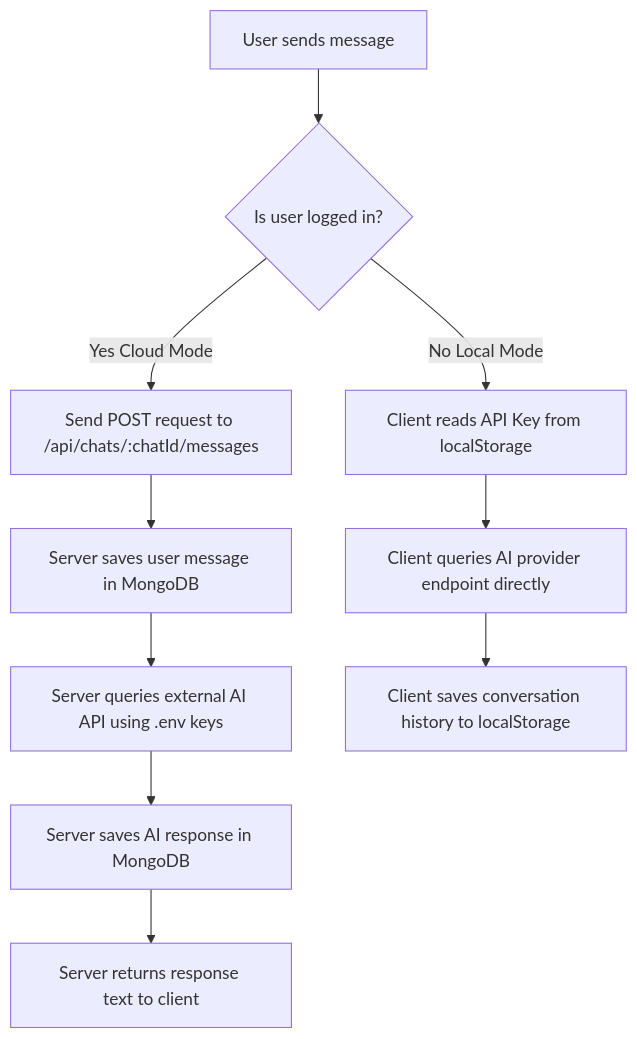
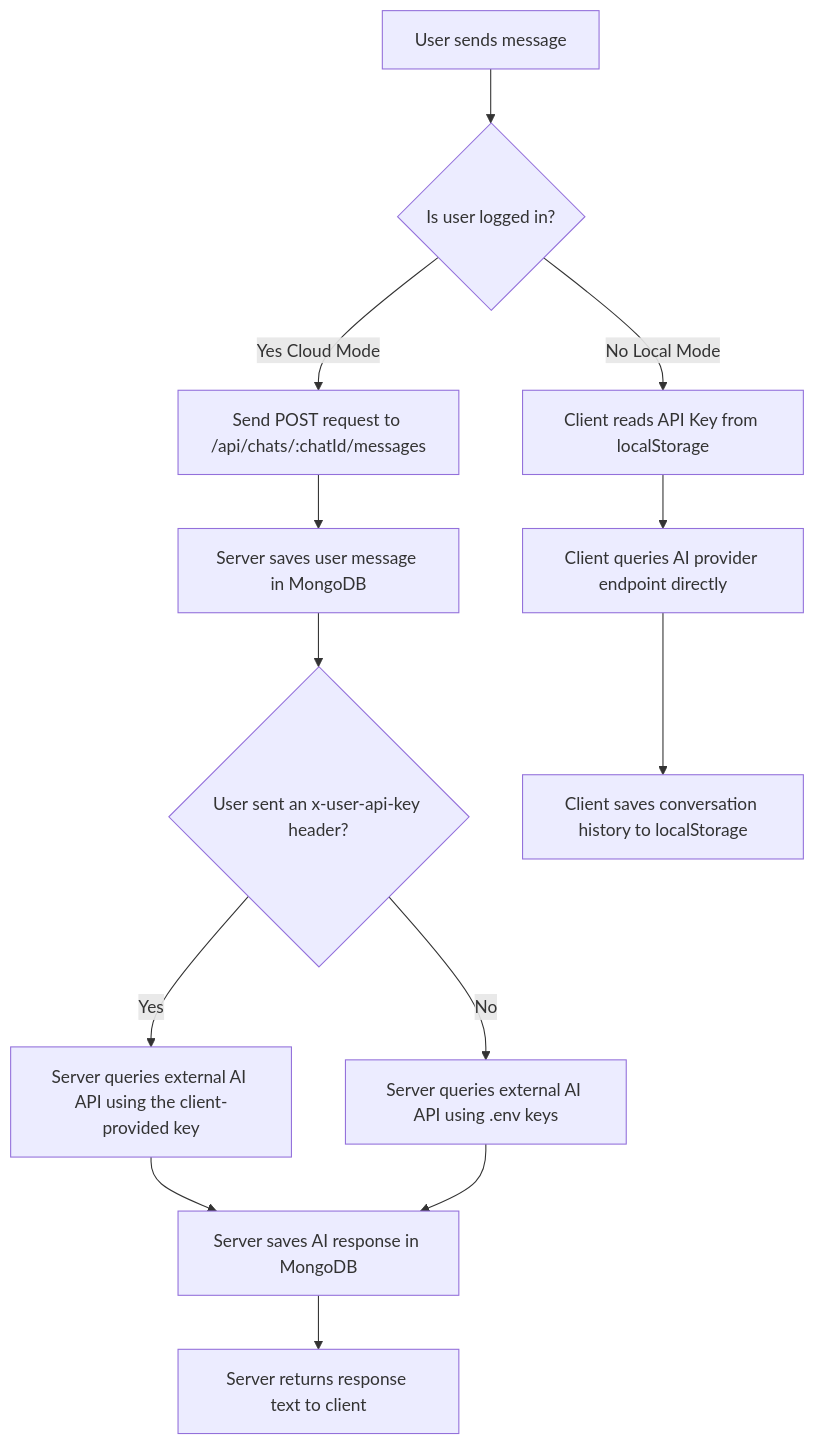
Before and after one commit to gabrielcbmdaa/switchat: the diagram in README.md, drawn with Mermaid. The commit also changed other lines of this file and 1 other file, not shown here.

````diff
--- a/README.md
+++ b/README.md
@@ -145,14 +152,17 @@
 ```mermaid
 graph TD
     A[User sends message] --> B{Is user logged in?}
     
     B -->|Yes Cloud Mode| C[Send POST request to /api/chats/:chatId/messages]
     C --> D[Server saves user message in MongoDB]
-    D --> E[Server queries external AI API using .env keys]
-    E --> F[Server saves AI response in MongoDB]
+    D --> E{User sent an x-user-api-key header?}
+    E -->|Yes| E1[Server queries external AI API using the client-provided key]
+    E -->|No| E2[Server queries external AI API using .env keys]
+    E1 --> F[Server saves AI response in MongoDB]
+    E2 --> F
     F --> G[Server returns response text to client]
     
     B -->|No Local Mode| H[Client reads API Key from localStorage]
     H --> I[Client queries AI provider endpoint directly]
     I --> J[Client saves conversation history to localStorage]
 ```
````
